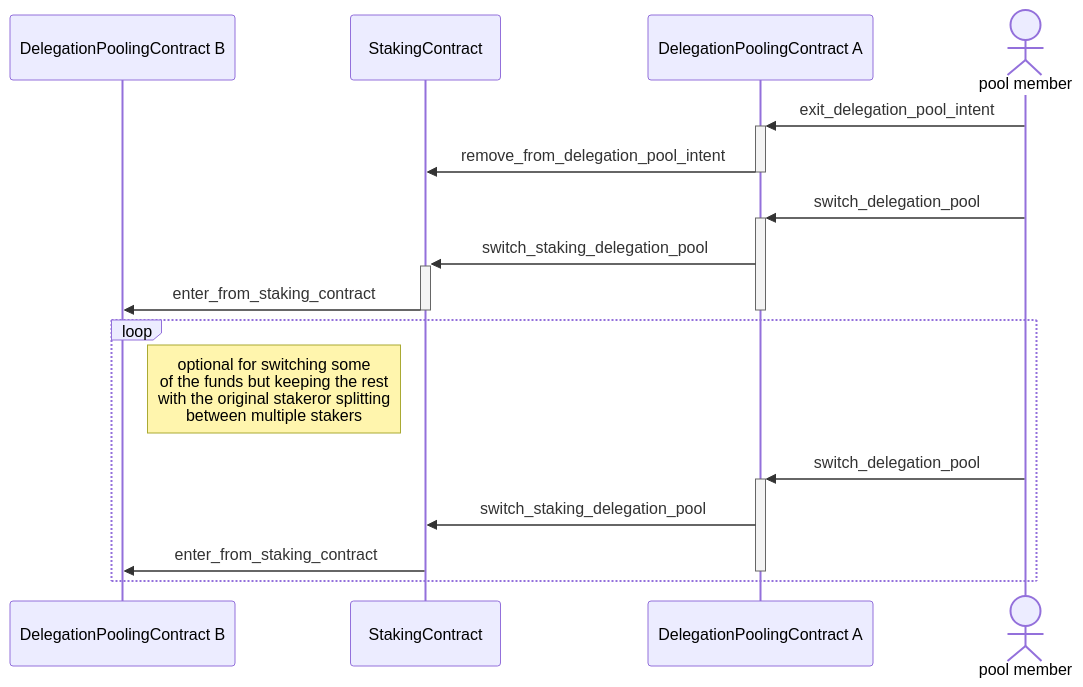
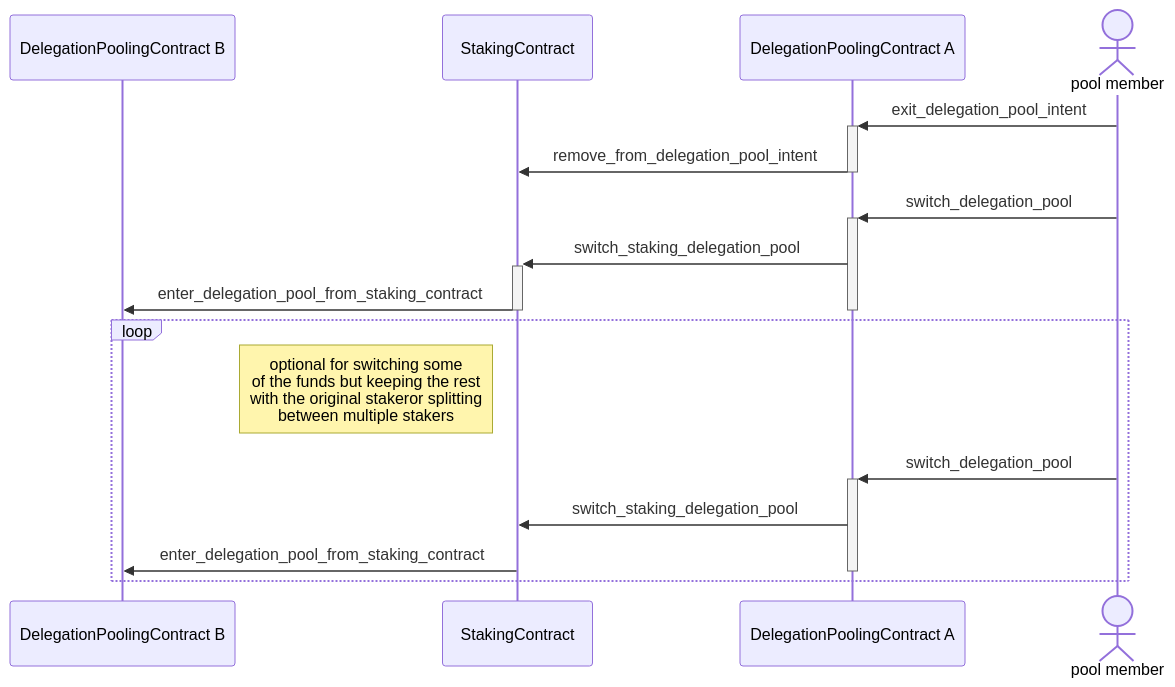
Before and after one commit to starkware-libs/starknet-staking: the fifth of 5 diagrams in workspace/apps/staking/docs/spec.md, drawn with Mermaid. The commit also changed other lines of this file, not shown here.

Commit message:
fix(staking/spec): update switch_staking_delegation_pool doc (#1632)

````diff
--- a/workspace/apps/staking/docs/spec.md
+++ b/workspace/apps/staking/docs/spec.md
@@ -218,20 +220,20 @@
 ```mermaid
 sequenceDiagram
   participant DelegationPoolingContract B
   participant StakingContract
   participant DelegationPoolingContract A
   actor pool member
   pool member ->>+ DelegationPoolingContract A: exit_delegation_pool_intent
   DelegationPoolingContract A ->>- StakingContract: remove_from_delegation_pool_intent
   pool member ->>+ DelegationPoolingContract A: switch_delegation_pool
   DelegationPoolingContract A ->>+ StakingContract: switch_staking_delegation_pool
-  StakingContract ->>- DelegationPoolingContract B: enter_from_staking_contract
+  StakingContract ->>- DelegationPoolingContract B: enter_delegation_pool_from_staking_contract
   deactivate DelegationPoolingContract A
   loop 
     Note left of StakingContract:  optional for switching some<br/> of the funds but keeping the rest<br/> with the original stakeror splitting<br/> between multiple stakers
     pool member ->>+ DelegationPoolingContract A: switch_delegation_pool
     DelegationPoolingContract A ->> StakingContract: switch_staking_delegation_pool
-    StakingContract ->> DelegationPoolingContract B: enter_from_staking_contract
+    StakingContract ->> DelegationPoolingContract B: enter_delegation_pool_from_staking_contract
     deactivate DelegationPoolingContract A
   end
 ```
````
